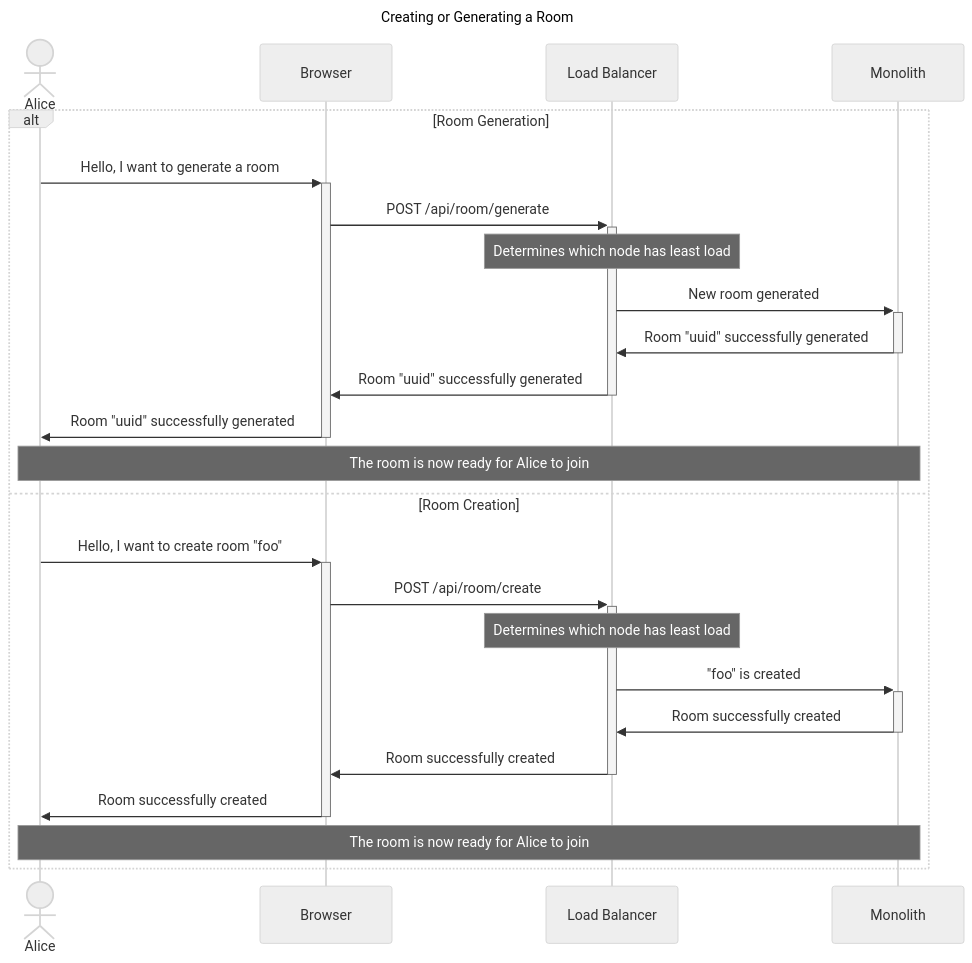
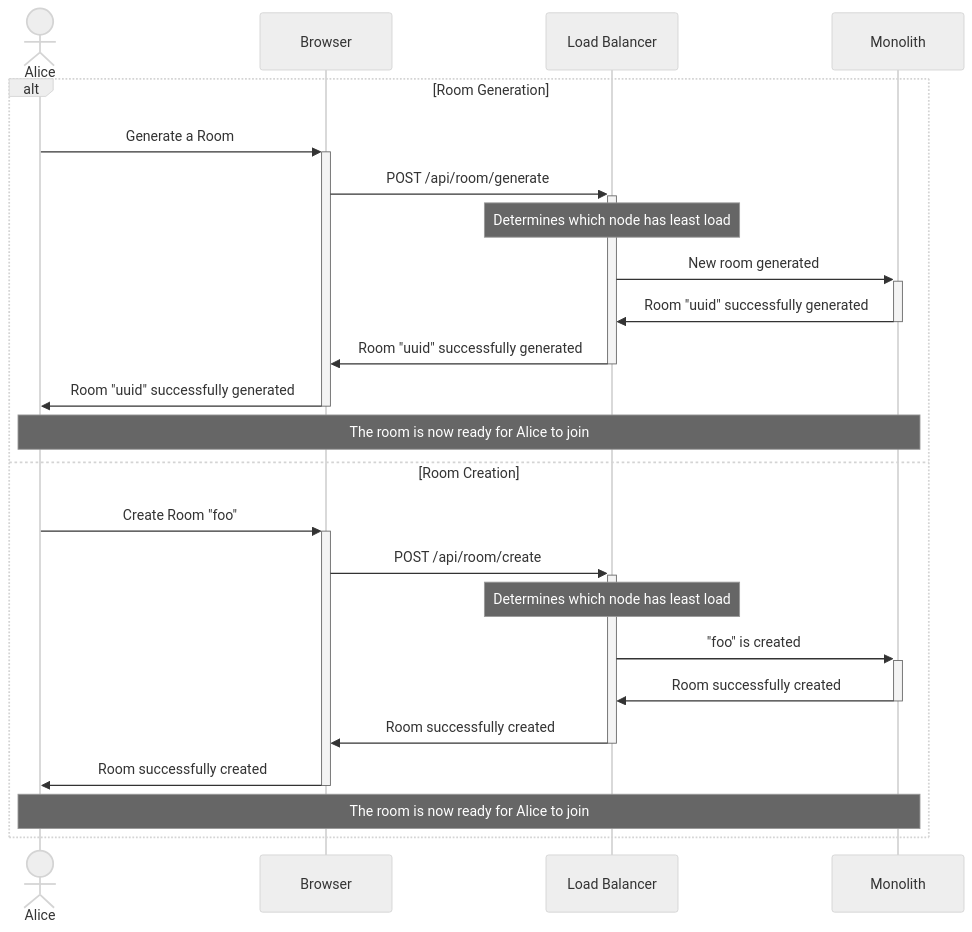
The diagram in figures/create-room-diag.mmd (dyc3/senior-design), drawn with Mermaid (neutral theme) before and after one commit. The commit also changed 5 other files, not shown here.

Commit message:
adjust some diagrams to be more precise

```diff
--- a/figures/create-room-diag.mmd
+++ b/figures/create-room-diag.mmd
@@ -1,27 +1,24 @@
----
-title: Creating or Generating a Room
----
 sequenceDiagram
     actor Alice
     participant OTT as Browser
     participant L as Load Balancer
     participant N as Monolith
     alt Room Generation
-    Alice->>+OTT: Hello, I want to generate a room
+    Alice->>+OTT: Generate a Room
     OTT->>+L: POST /api/room/generate
     Note over L: Determines which node has least load
     L->>+N: New room generated
     N->>-L: Room "uuid" successfully generated
     L->>-OTT: Room "uuid" successfully generated
     OTT->>-Alice: Room "uuid" successfully generated
     Note over Alice,N: The room is now ready for Alice to join
     else Room Creation
-    Alice->>+OTT: Hello, I want to create room "foo"
+    Alice->>+OTT: Create Room "foo"
     OTT->>+L: POST /api/room/create
     Note over L: Determines which node has least load
     L->>+N: "foo" is created
     N->>-L: Room successfully created
     L->>-OTT: Room successfully created
     OTT->>-Alice: Room successfully created
     Note over Alice,N: The room is now ready for Alice to join
     end
```
